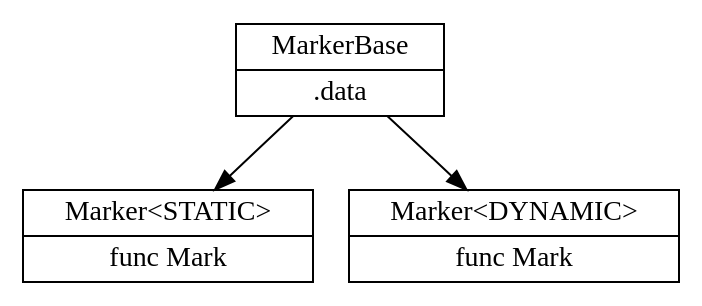
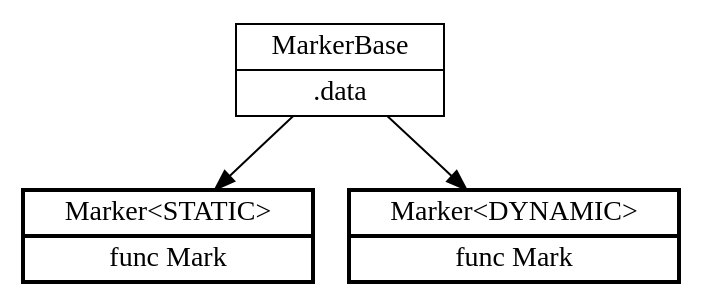
The diagram in res/dot/marker_was.dot (kp2pml30/bachelor-thesis), drawn with Graphviz before and after one commit. The commit also changed 8 other files, not shown here.

```diff
--- a/res/dot/marker_was.dot
+++ b/res/dot/marker_was.dot
@@ -1,8 +1,8 @@
 digraph G {
 	node [shape="record"];
 	base [label="{MarkerBase|.data}"];
-	markers [label="{Marker&lt;STATIC&gt;|func Mark}"];
-	markerd [label="{Marker&lt;DYNAMIC&gt;|func Mark}"];
+	markers [label="{Marker&lt;STATIC&gt;|func Mark}", penwidth=2];
+	markerd [label="{Marker&lt;DYNAMIC&gt;|func Mark}", penwidth=2];
 	base -> markers;
 	base -> markerd;
 }
```
